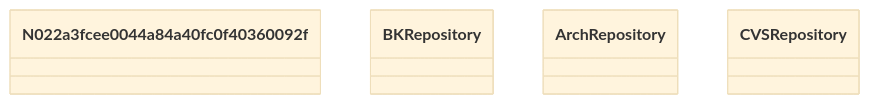
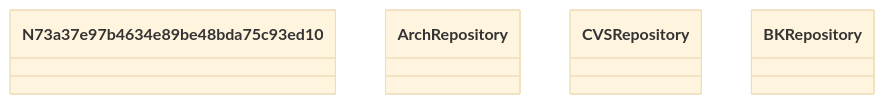
Before and after one commit to oeg-upm/Devos: the diagram in output/Top_in_lov/doap.rdf-description.md, drawn with Mermaid (base theme). The commit also changed 528 other files, not shown here.

````diff
--- a/output/Top_in_lov/doap.rdf-description.md
+++ b/output/Top_in_lov/doap.rdf-description.md
@@ -1,23 +1,23 @@
 ```mermaid
 	classDiagram
 
     
-    class N022a3fcee0044a84a40fc0f40360092f {
-    
-    }
-
-    class BKRepository {
+    class N73a37e97b4634e89be48bda75c93ed10 {
     
     }
 
     class ArchRepository {
     
     }
 
     class CVSRepository {
     
     }
 
+    class BKRepository {
+    
+    }
+
 
 
 ```
````
